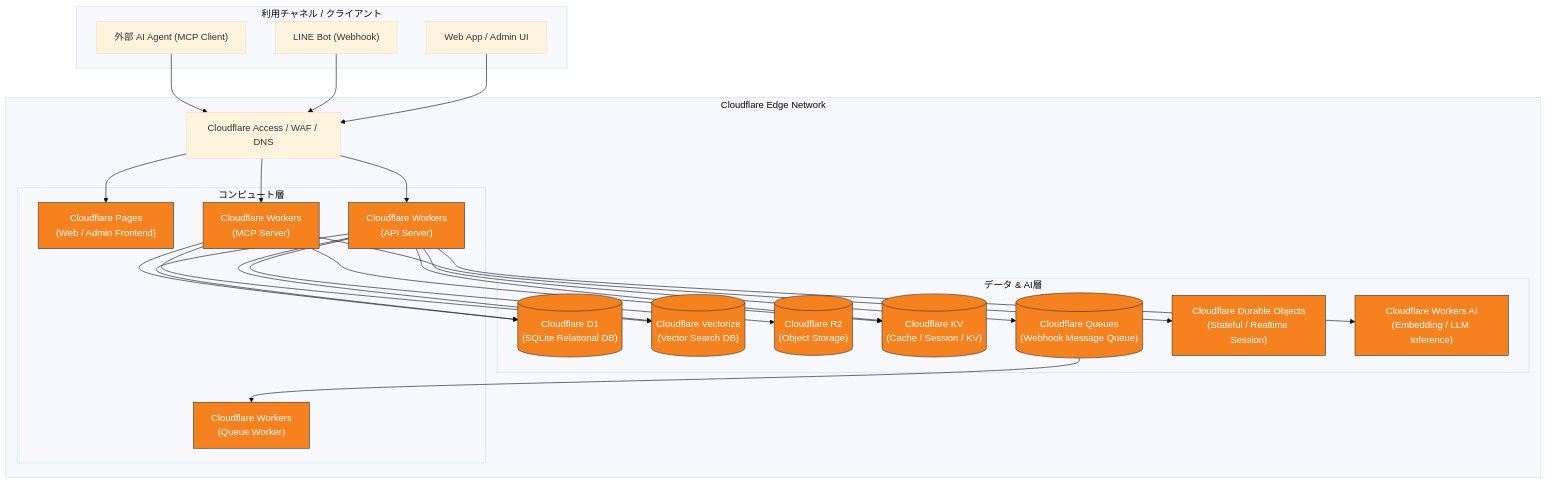
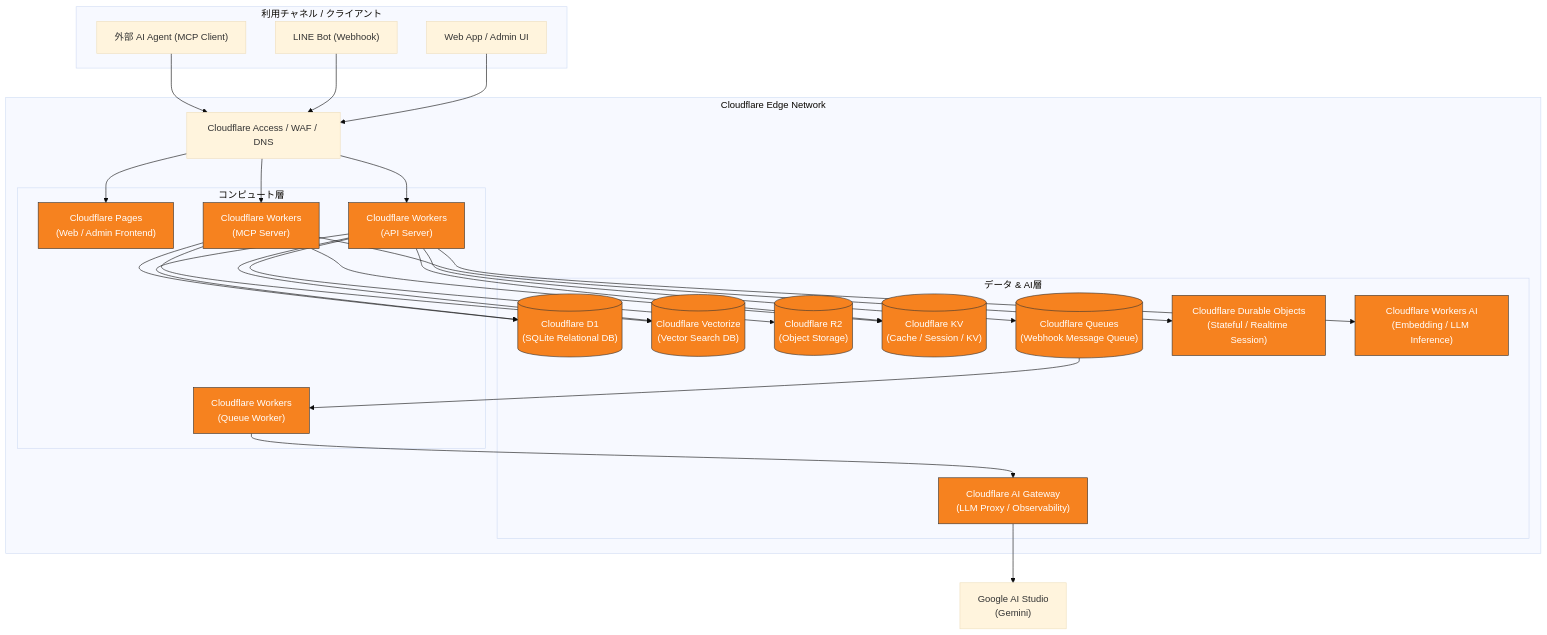
Before and after one commit to kkyosuke/me-builder: the diagram in docs/architecture/infrastructure-architecture.md, drawn with Mermaid (base theme). The commit also changed other lines of this file and 17 other files, not shown here.

````diff
--- a/docs/architecture/infrastructure-architecture.md
+++ b/docs/architecture/infrastructure-architecture.md
@@ -30,54 +30,59 @@
 ```mermaid
 flowchart TD
     subgraph Clients["利用チャネル / クライアント"]
         Web["Web App / Admin UI"]
         LINE["LINE Bot (Webhook)"]
         Agent["外部 AI Agent (MCP Client)"]
     end
 
     subgraph Edge["Cloudflare Edge Network"]
         CF_Sec["Cloudflare Access / WAF / DNS"]
         
         subgraph Compute["コンピュート層"]
             Pages["Cloudflare Pages<br/>(Web / Admin Frontend)"]
             WorkersAPI["Cloudflare Workers<br/>(API Server)"]
             WorkersMCP["Cloudflare Workers<br/>(MCP Server)"]
             WorkersWorker["Cloudflare Workers<br/>(Queue Worker)"]
         end
 
         subgraph Storage["データ & AI層"]
             D1[("Cloudflare D1<br/>(SQLite Relational DB)")]
             Vectorize[("Cloudflare Vectorize<br/>(Vector Search DB)")]
             R2[("Cloudflare R2<br/>(Object Storage)")]
             KV[("Cloudflare KV<br/>(Cache / Session / KV)")]
             Queues[("Cloudflare Queues<br/>(Webhook Message Queue)")]
             DO["Cloudflare Durable Objects<br/>(Stateful / Realtime Session)"]
             WorkersAI["Cloudflare Workers AI<br/>(Embedding / LLM Inference)"]
+            AIGateway["Cloudflare AI Gateway<br/>(LLM Proxy / Observability)"]
         end
     end
+
+    Gemini["Google AI Studio<br/>(Gemini)"]
 
     Web --> CF_Sec
     LINE --> CF_Sec
     Agent --> CF_Sec
 
     CF_Sec --> Pages
     CF_Sec --> WorkersAPI
     CF_Sec --> WorkersMCP
 
     WorkersAPI --> Queues
     Queues --> WorkersWorker
+    WorkersWorker --> AIGateway
+    AIGateway --> Gemini
 
     WorkersAPI --> D1
     WorkersAPI --> R2
     WorkersAPI --> KV
     WorkersAPI --> Vectorize
     WorkersAPI --> WorkersAI
 
     WorkersMCP --> DO
     WorkersMCP --> D1
     WorkersMCP --> Vectorize
     WorkersMCP --> KV
 
     classDef cfFill fill:#f6821f,stroke:#333,stroke-width:1px,color:#fff;
-    class Pages,WorkersAPI,WorkersMCP,WorkersWorker,D1,Vectorize,R2,KV,Queues,DO,WorkersAI cfFill;
+    class Pages,WorkersAPI,WorkersMCP,WorkersWorker,D1,Vectorize,R2,KV,Queues,DO,WorkersAI,AIGateway cfFill;
 ```
````
